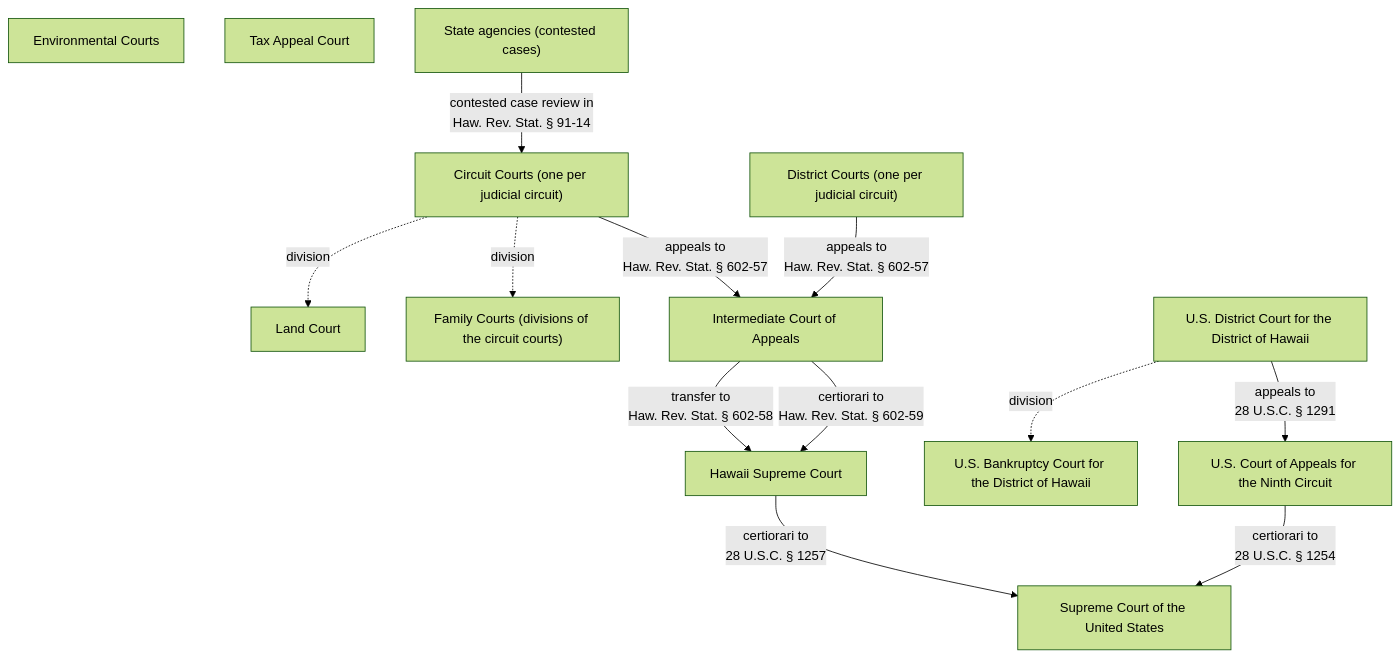
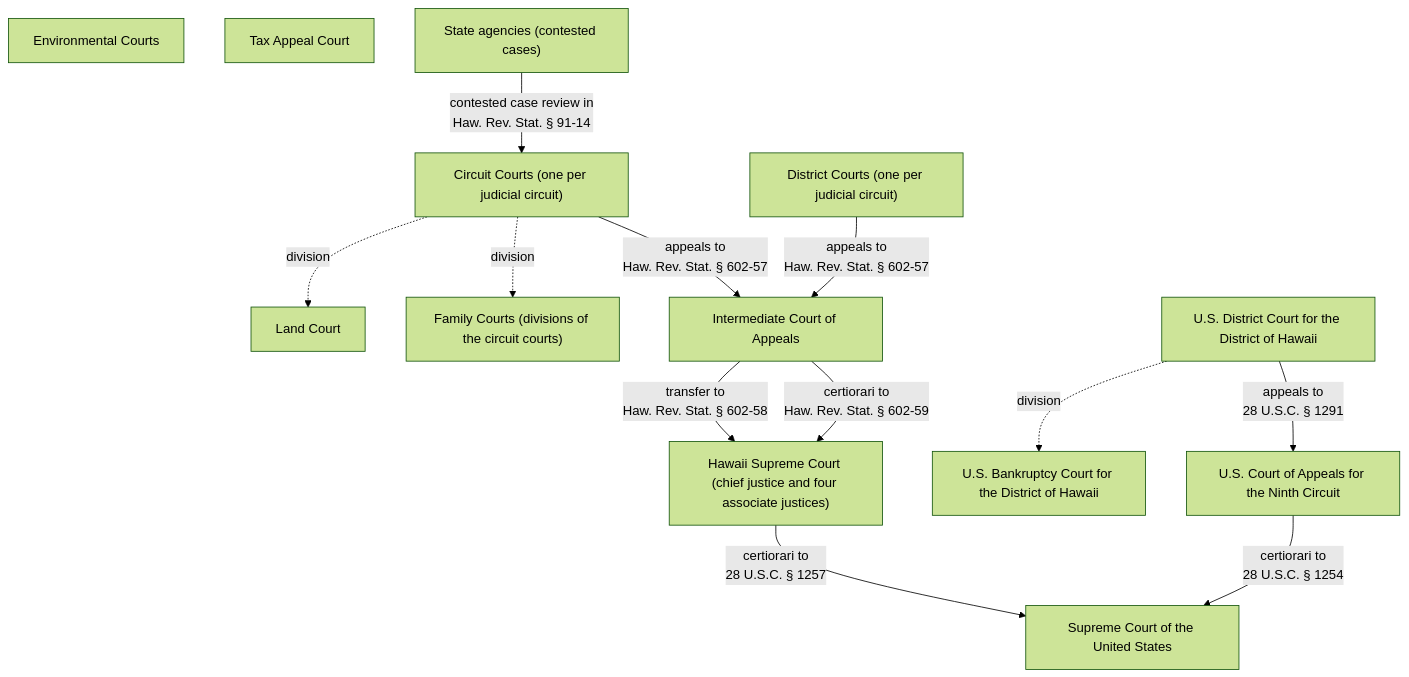
The third of 3 diagrams in hawaii/map/GOVERNMENT.md (Ikaikamaikai/open-us-law), drawn with Mermaid (forest theme) before and after one commit. The commit also changed other lines of this file and 22 other files, not shown here.

````diff
--- a/hawaii/map/GOVERNMENT.md
+++ b/hawaii/map/GOVERNMENT.md
@@ -141,27 +141,27 @@
 ```mermaid
 flowchart TB
-  hi_jud_supreme["Hawaii Supreme Court"]
+  hi_jud_supreme["Hawaii Supreme Court (chief justice and four associate justices)"]
   hi_jud_ica["Intermediate Court of Appeals"]
   hi_jud_circuit["Circuit Courts (one per judicial circuit)"]
   hi_jud_family["Family Courts (divisions of the circuit courts)"]
   hi_jud_land["Land Court"]
   hi_jud_environmental["Environmental Courts"]
   hi_jud_tax["Tax Appeal Court"]
   hi_jud_district["District Courts (one per judicial circuit)"]
   us_jud_scotus["Supreme Court of the United States"]
   us_jud_ca9["U.S. Court of Appeals for the Ninth Circuit"]
   us_jud_dhaw["U.S. District Court for the District of Hawaii"]
   us_jud_bk_haw["U.S. Bankruptcy Court for the District of Hawaii"]
   hi_exec_depts["State agencies (contested cases)"]
   hi_exec_depts -- "contested case review in<br/>Haw. Rev. Stat. § 91-14" --> hi_jud_circuit
   hi_jud_circuit -- "appeals to<br/>Haw. Rev. Stat. § 602-57" --> hi_jud_ica
   hi_jud_district -- "appeals to<br/>Haw. Rev. Stat. § 602-57" --> hi_jud_ica
   hi_jud_ica -- "certiorari to<br/>Haw. Rev. Stat. § 602-59" --> hi_jud_supreme
   hi_jud_ica -- "transfer to<br/>Haw. Rev. Stat. § 602-58" --> hi_jud_supreme
   hi_jud_supreme -- "certiorari to<br/>28 U.S.C. § 1257" --> us_jud_scotus
   us_jud_dhaw -- "appeals to<br/>28 U.S.C. § 1291" --> us_jud_ca9
   us_jud_ca9 -- "certiorari to<br/>28 U.S.C. § 1254" --> us_jud_scotus
   hi_jud_circuit -. division .-> hi_jud_family
   hi_jud_circuit -. division .-> hi_jud_land
   us_jud_dhaw -. division .-> us_jud_bk_haw
 ```
````
